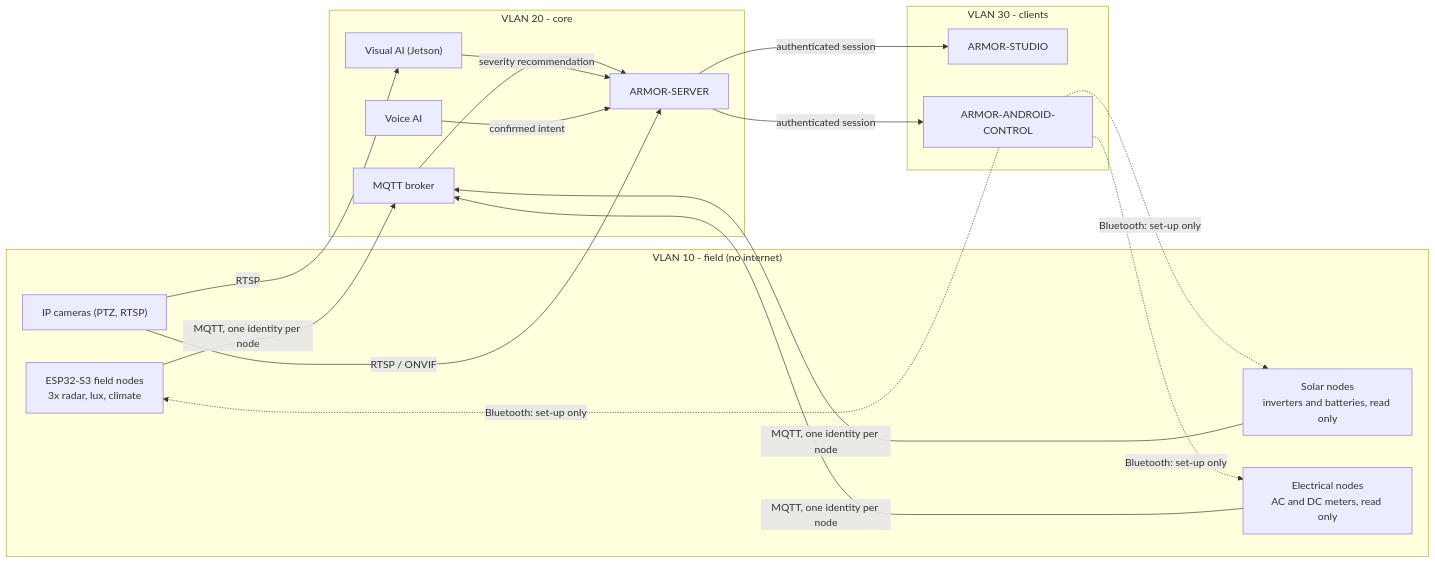
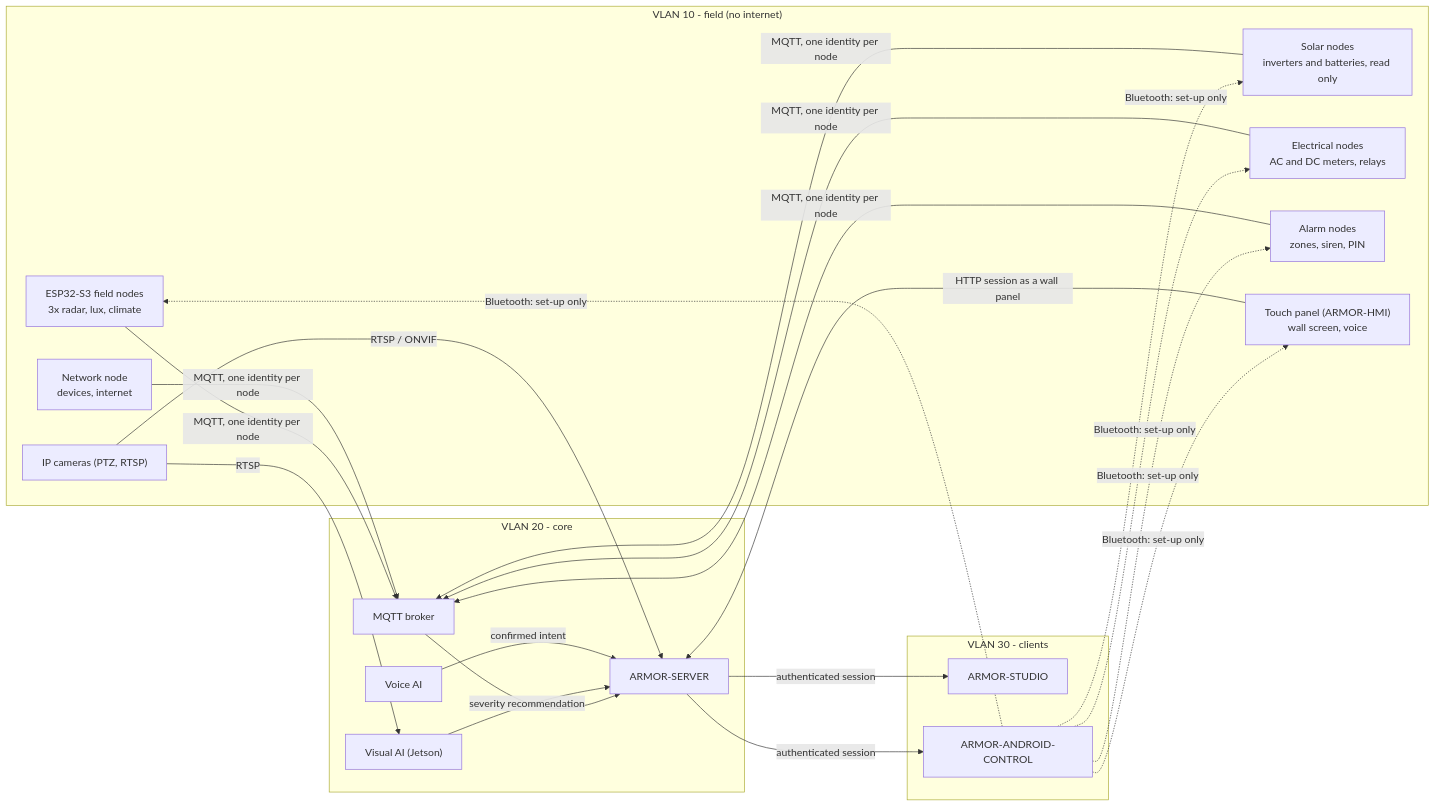
Before and after one commit to JuanenRac/ARMOR-DOCS: the diagram in docs/ARCHITECTURE.md, drawn with Mermaid. The commit also changed other lines of this file and 29 other files, not shown here.

Commit message:
Bring the security and architecture pages up to date, compare the whole family every night and fix the tools that did not check what they said

````diff
--- a/docs/ARCHITECTURE.md
+++ b/docs/ARCHITECTURE.md
@@ -3,32 +3,40 @@
 ```mermaid
 flowchart LR
   subgraph field["VLAN 10 - field (no internet)"]
     N["ESP32-S3 field nodes<br/>3x radar, lux, climate"]
     SN["Solar nodes<br/>inverters and batteries, read only"]
-    EN["Electrical nodes<br/>AC and DC meters, read only"]
+    EN["Electrical nodes<br/>AC and DC meters, relays"]
+    AN["Alarm nodes<br/>zones, siren, PIN"]
+    NN["Network node<br/>devices, internet"]
+    HM["Touch panel (ARMOR-HMI)<br/>wall screen, voice"]
     C["IP cameras (PTZ, RTSP)"]
   end
   subgraph core["VLAN 20 - core"]
     B["MQTT broker"]
     S["ARMOR-SERVER"]
     V["Visual AI (Jetson)"]
     P["Voice AI"]
   end
   subgraph clients["VLAN 30 - clients"]
     W["ARMOR-STUDIO"]
     A["ARMOR-ANDROID-CONTROL"]
   end
   N -->|"MQTT, one identity per node"| B
   SN -->|"MQTT, one identity per node"| B
   EN -->|"MQTT, one identity per node"| B
+  AN -->|"MQTT, one identity per node"| B
+  NN -->|"MQTT, one identity per node"| B
+  HM -->|"HTTP session as a wall panel"| S
   B --> S
   C -->|"RTSP / ONVIF"| S
   C -->|"RTSP"| V
   V -->|"severity recommendation"| S
   P -->|"confirmed intent"| S
   S -->|"authenticated session"| W
   S -->|"authenticated session"| A
   A -.->|"Bluetooth: set-up only"| N
   A -.->|"Bluetooth: set-up only"| SN
   A -.->|"Bluetooth: set-up only"| EN
+  A -.->|"Bluetooth: set-up only"| AN
+  A -.->|"Bluetooth: set-up only"| HM
 ```
````
